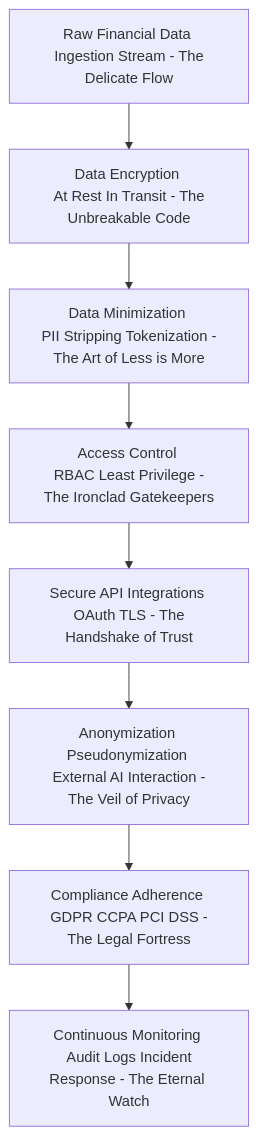
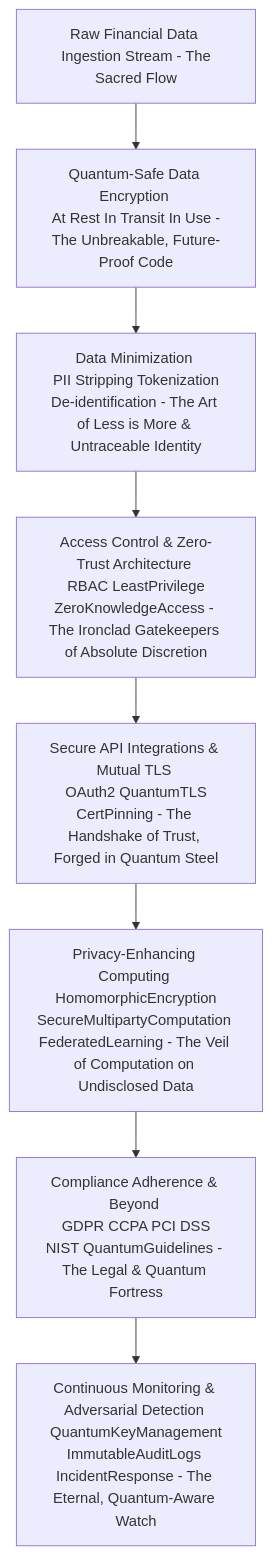
The ninth of 11 diagrams in inventions/inventions/006_ai_subscription_detection/009_ai_financial_anomaly_detection.md (diplomat-bit/Citibank_Demo_Business_Inc_Demonstration-), drawn with Mermaid before and after one commit. The commit also changed other lines of this file, not shown here.

Commit message:
[AI] Edit: inventions/inventions/006_ai_subscription_detection/009_ai_financial_anomaly_detection.md

````diff
--- a/inventions/inventions/006_ai_subscription_detection/009_ai_financial_anomaly_detection.md
+++ b/inventions/inventions/006_ai_subscription_detection/009_ai_financial_anomaly_detection.md
@@ -279,10 +321,10 @@
 ```mermaid
 graph TD
-    A[Raw Financial Data <br/> Ingestion Stream - The Delicate Flow] --> B[Data Encryption <br/> At Rest In Transit - The Unbreakable Code]
-    B --> C[Data Minimization <br/> PII Stripping Tokenization - The Art of Less is More]
-    C --> D[Access Control <br/> RBAC Least Privilege - The Ironclad Gatekeepers]
-    D --> E[Secure API Integrations <br/> OAuth TLS - The Handshake of Trust]
-    E --> F[Anonymization Pseudonymization <br/> External AI Interaction - The Veil of Privacy]
-    F --> G[Compliance Adherence <br/> GDPR CCPA PCI DSS - The Legal Fortress]
-    G --> H[Continuous Monitoring <br/> Audit Logs Incident Response - The Eternal Watch]
+    A[Raw Financial Data <br/> Ingestion Stream - The Sacred Flow] --> B[Quantum-Safe Data Encryption <br/> At Rest In Transit In Use - The Unbreakable, Future-Proof Code]
+    B --> C[Data Minimization <br/> PII Stripping Tokenization De-identification - The Art of Less is More & Untraceable Identity]
+    C --> D[Access Control & Zero-Trust Architecture <br/> RBAC LeastPrivilege ZeroKnowledgeAccess - The Ironclad Gatekeepers of Absolute Discretion]
+    D --> E[Secure API Integrations & Mutual TLS <br/> OAuth2 QuantumTLS CertPinning - The Handshake of Trust, Forged in Quantum Steel]
+    E --> F[Privacy-Enhancing Computing <br/> HomomorphicEncryption SecureMultipartyComputation FederatedLearning - The Veil of Computation on Undisclosed Data]
+    F --> G[Compliance Adherence & Beyond <br/> GDPR CCPA PCI DSS NIST QuantumGuidelines - The Legal & Quantum Fortress]
+    G --> H[Continuous Monitoring & Adversarial Detection <br/> QuantumKeyManagement ImmutableAuditLogs IncidentResponse - The Eternal, Quantum-Aware Watch]
 ```
````
